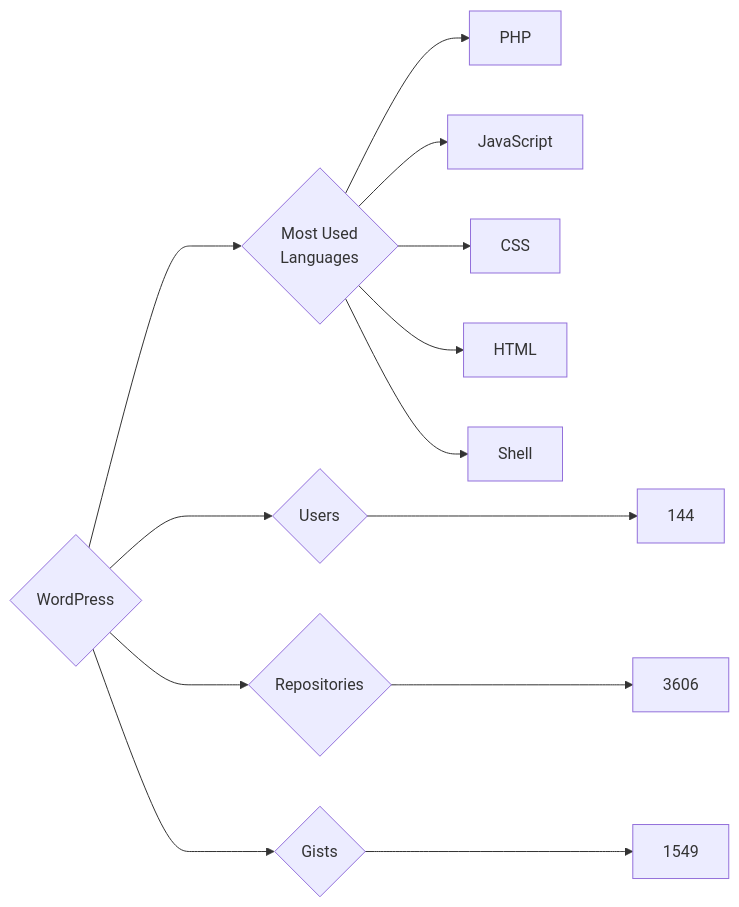
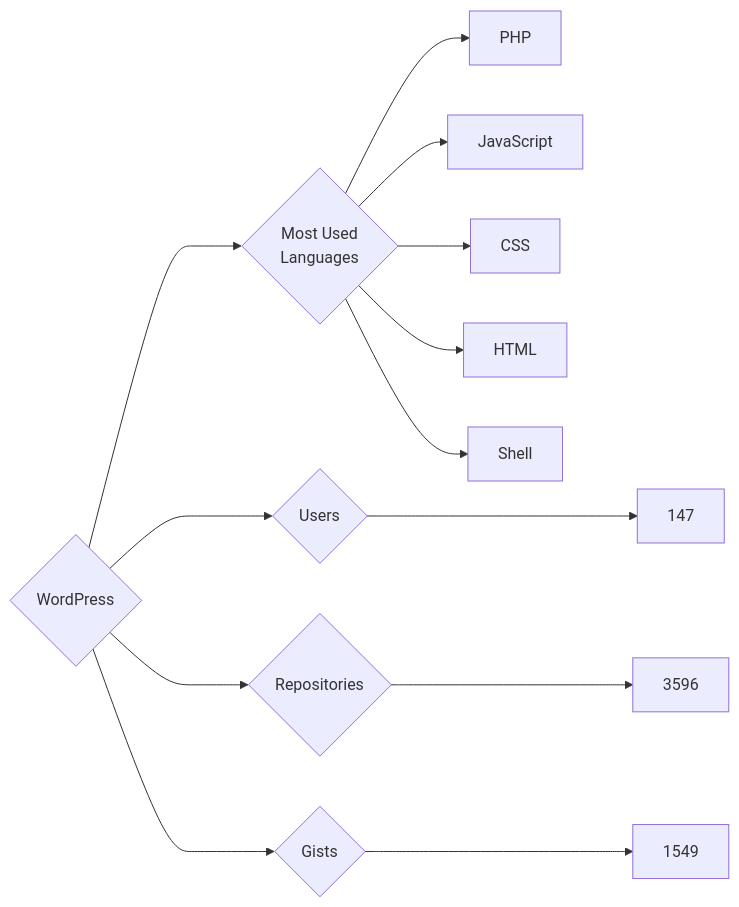
The diagram in targets/WordPress/README.md (trickest/insiders), drawn with Mermaid before and after one commit. The commit also changed 1389 other files, not shown here.

````diff
--- a/targets/WordPress/README.md
+++ b/targets/WordPress/README.md
@@ -3,13 +3,13 @@
 ```mermaid
 graph LR
 COMPANY_NAME{WordPress}
-COMPANY_NAME ---> U{Users} ---> UN[144]
-COMPANY_NAME ---> R{Repositories} ---> RN[3606]
+COMPANY_NAME ---> U{Users} ---> UN[147]
+COMPANY_NAME ---> R{Repositories} ---> RN[3596]
 COMPANY_NAME ---> G{Gists} ---> GN[1549]
 COMPANY_NAME ---> ML{Most Used<br>Languages}
 ML --> PHP[PHP]
 ML --> JavaScript[JavaScript]
 ML --> CSS[CSS]
 ML --> HTML[HTML]
 ML --> Shell[Shell]
 ```
````
